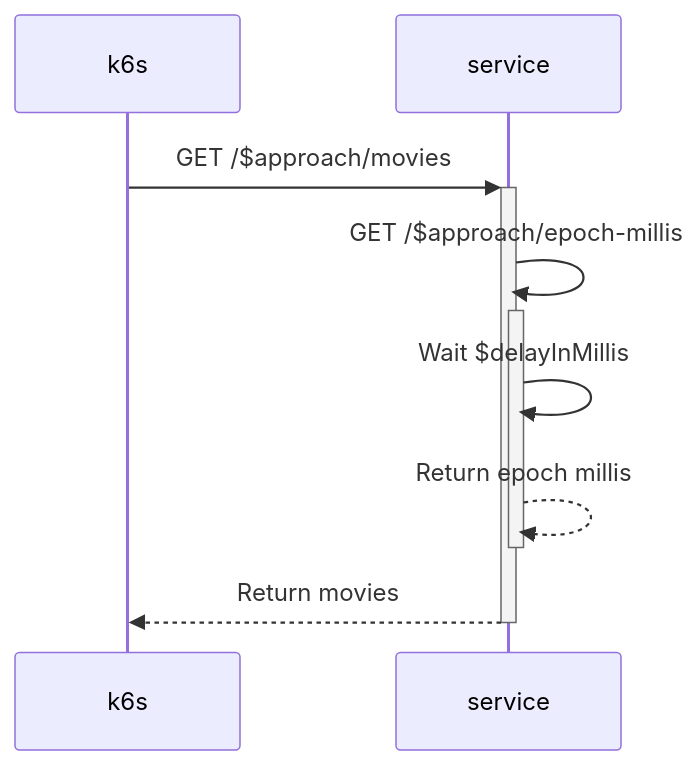
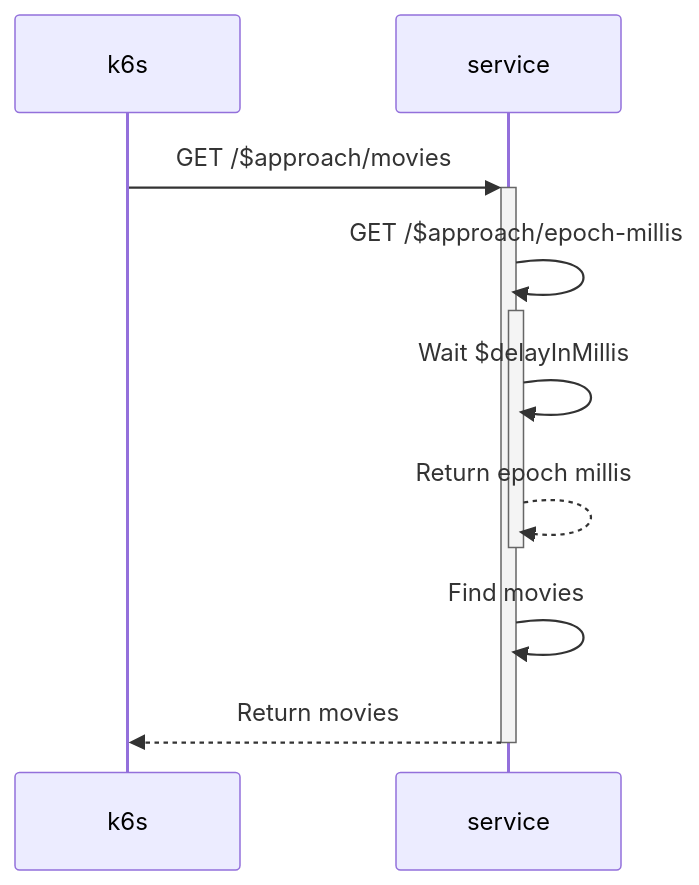
One commit to chrisgleissner/loom-webflux-benchmarks changed the diagram in README.md. Above: the diagram before and after it, drawn with Mermaid.

````diff
--- a/README.md
+++ b/README.md
@@ -62,10 +62,11 @@
 ```mermaid
 sequenceDiagram
     participant k6s
     participant service
     k6s->>+service: GET /$approach/movies
     service->>+service: GET /$approach/epoch-millis
     service->>service: Wait $delayInMillis
     service-->>-service: Return epoch millis
+    service->>service: Find movies
     service-->>-k6s: Return movies
 ```
````
